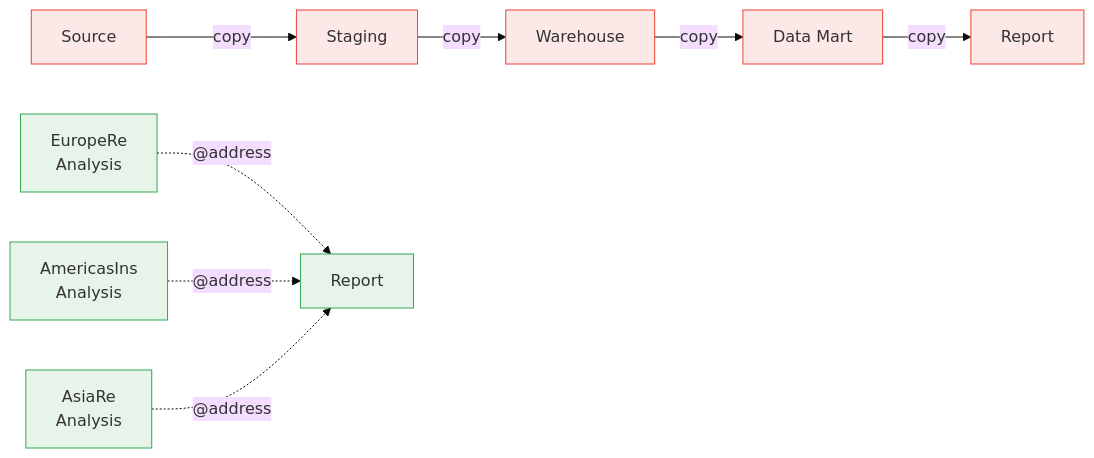
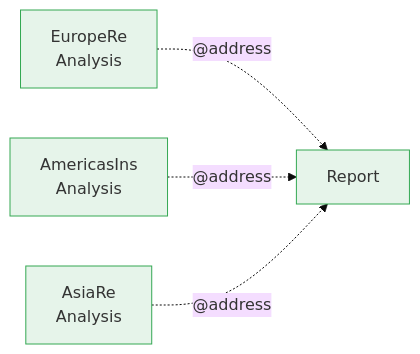
The sixth of 12 diagrams in samples/Graph/Data/FutuRe/WhyDataMesh.md (Systemorph/MeshWeaver), drawn with Mermaid (base theme) before and after one commit. The commit also changed other lines of this file and 31 other files, not shown here.

````diff
--- a/samples/Graph/Data/FutuRe/WhyDataMesh.md
+++ b/samples/Graph/Data/FutuRe/WhyDataMesh.md
@@ -62,13 +100,9 @@
 ```mermaid
 graph LR
-    SRC1[Source] -->|copy| STG[Staging] -->|copy| WH[Warehouse] -->|copy| MART[Data Mart] -->|copy| RPT1[Report]
-
     EU[EuropeRe<br/>Analysis] -.->|"@address"| RPT2[Report]
     AM[AmericasIns<br/>Analysis] -.->|"@address"| RPT2
     AS[AsiaRe<br/>Analysis] -.->|"@address"| RPT2
 
-    classDef copy fill:#fce8e6,stroke:#ea4335,color:#333
     classDef addr fill:#e6f4ea,stroke:#34a853,color:#333
-    class SRC1,STG,WH,MART,RPT1 copy
     class EU,AM,AS,RPT2 addr
 ```
````
